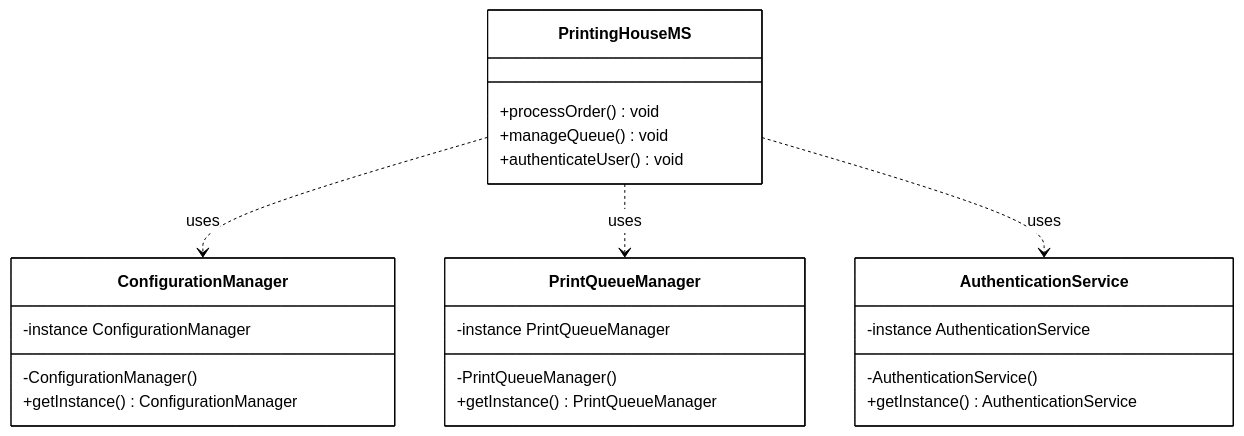
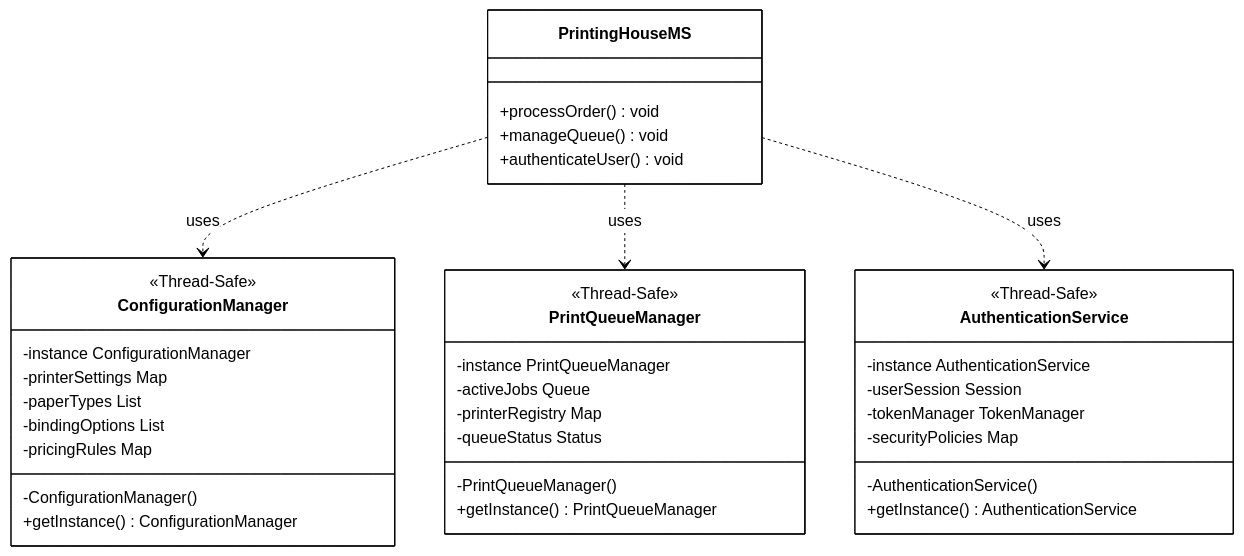
The diagram in DesignPatterns/Creational/singleton.md (Arlindo536/PrintingHouseMS), drawn with Mermaid before and after one commit. The commit also changed other lines of this file, not shown here.

````diff
--- a/DesignPatterns/Creational/singleton.md
+++ b/DesignPatterns/Creational/singleton.md
@@ -129,43 +86,56 @@
 ```mermaid
 %%{init: {
   'theme': 'base',
   'themeVariables': {
     'primaryColor': '#ffffff',
     'primaryTextColor': '#000000',
     'primaryBorderColor': '#000000',
     'lineColor': '#000000',
     'background': '#ffffff',
     'mainBkg': '#ffffff',
     'secondaryColor': '#ffffff',
     'tertiaryColor': '#ffffff'
   }
 }}%%
 classDiagram
     class PrintingHouseMS {
         +processOrder() void
         +manageQueue() void
         +authenticateUser() void
     }
     
     class ConfigurationManager {
         -instance ConfigurationManager
+        -printerSettings Map
+        -paperTypes List
+        -bindingOptions List
+        -pricingRules Map
         -ConfigurationManager()
         +getInstance() ConfigurationManager
+        <<Thread-Safe>>
     }
     
     class PrintQueueManager {
         -instance PrintQueueManager
+        -activeJobs Queue
+        -printerRegistry Map
+        -queueStatus Status
         -PrintQueueManager()
         +getInstance() PrintQueueManager
+        <<Thread-Safe>>
     }
     
     class AuthenticationService {
         -instance AuthenticationService
+        -userSession Session
+        -tokenManager TokenManager
+        -securityPolicies Map
         -AuthenticationService()
         +getInstance() AuthenticationService
+        <<Thread-Safe>>
     }
     
     PrintingHouseMS ..> ConfigurationManager : uses
     PrintingHouseMS ..> PrintQueueManager : uses
     PrintingHouseMS ..> AuthenticationService : uses
 ```
````
